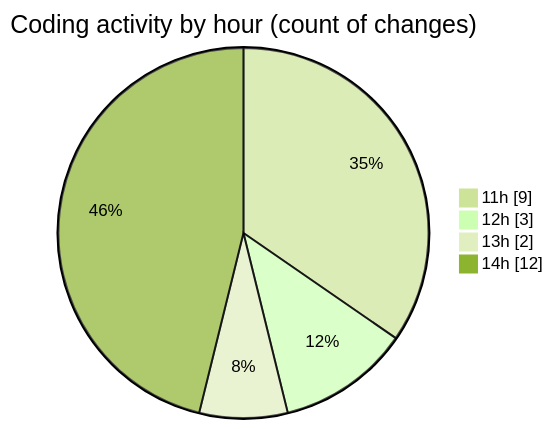
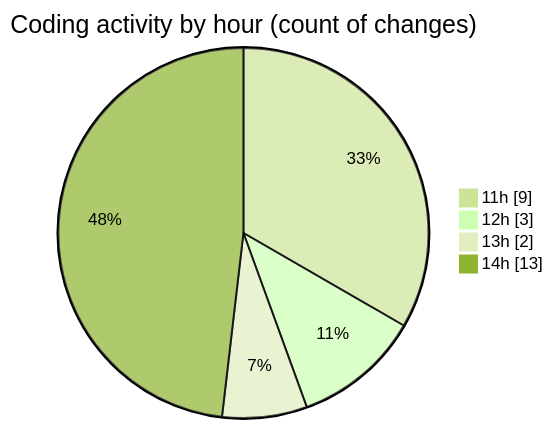
Before and after one commit to CELIANVF/code-tracking: the second of 2 diagrams in 2025-01-21/monteur_automatique/README.md, drawn with Mermaid (forest theme). The commit also changed other lines of this file and 1 other file, not shown here.

````diff
--- a/2025-01-21/monteur_automatique/README.md
+++ b/2025-01-21/monteur_automatique/README.md
@@ -32,8 +32,8 @@
 ```mermaid
 pie showData
 title Coding activity by hour (count of changes)
 "11h" : 9
 "12h" : 3
 "13h" : 2
-"14h" : 12
+"14h" : 13
 ```
````
